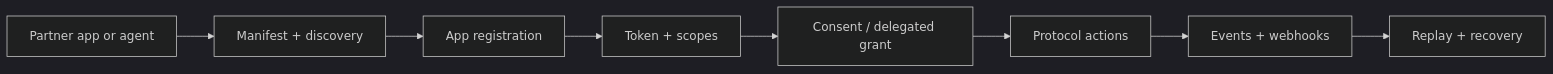
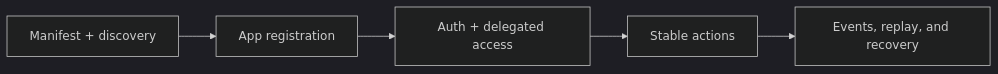
One commit to TheOpenSocial/openchat changed the diagram in docs/examples/protocol-vision-and-purpose.md. Above: the diagram before and after it, drawn with Mermaid (dark theme). The commit also changed other lines of this file and 15 other files, not shown here.

````diff
--- a/docs/examples/protocol-vision-and-purpose.md
+++ b/docs/examples/protocol-vision-and-purpose.md
@@ -71,10 +54,7 @@
 ```mermaid
 flowchart LR
-    A["Partner app or agent"] --> B["Manifest + discovery"]
-    B --> C["App registration"]
-    C --> D["Token + scopes"]
-    D --> E["Consent / delegated grant"]
-    E --> F["Protocol actions"]
-    F --> G["Events + webhooks"]
-    G --> H["Replay + recovery"]
+    A["Manifest + discovery"] --> B["App registration"]
+    B --> C["Auth + delegated access"]
+    C --> D["Stable actions"]
+    D --> E["Events, replay, and recovery"]
 ```
````
